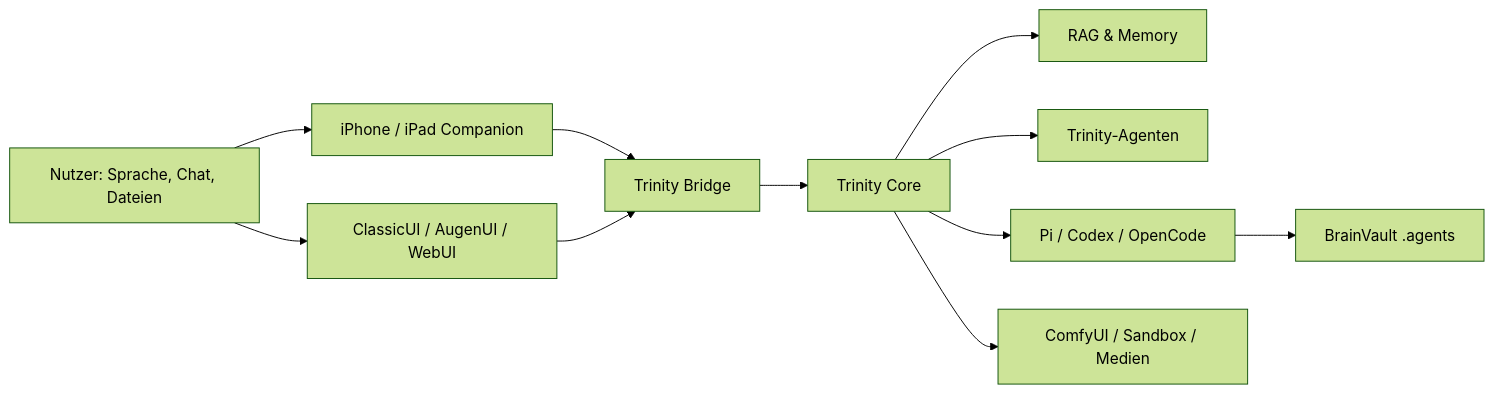
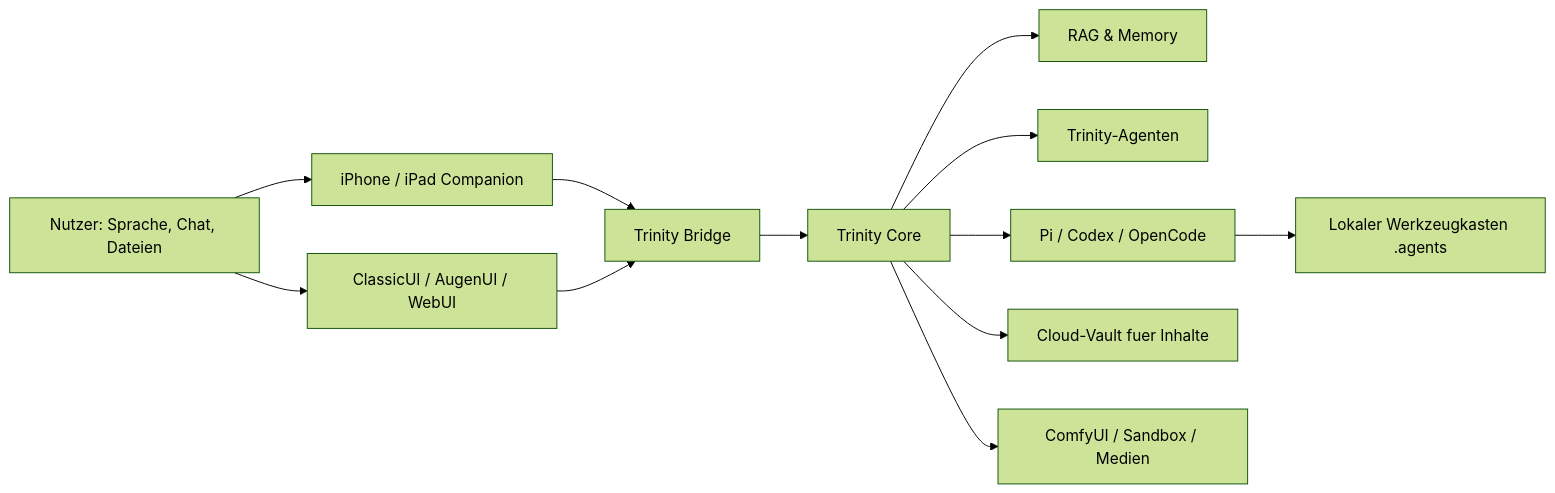
The diagram in docs/FEATURE_OVERVIEW.md (ProfEngel/TrinityLectureAssisitant), drawn with Mermaid (forest theme) before and after one commit. The commit also changed other lines of this file and 21 other files, not shown here.

````diff
--- a/docs/FEATURE_OVERVIEW.md
+++ b/docs/FEATURE_OVERVIEW.md
@@ -22,13 +22,14 @@
 ```mermaid
 flowchart LR
     User["Nutzer: Sprache, Chat, Dateien"] --> Companion["iPhone / iPad Companion"]
     User --> DesktopUI["ClassicUI / AugenUI / WebUI"]
     Companion --> Bridge["Trinity Bridge"]
     DesktopUI --> Bridge
     Bridge --> Core["Trinity Core"]
     Core --> RAG["RAG & Memory"]
     Core --> Agents["Trinity-Agenten"]
     Core --> Harness["Pi / Codex / OpenCode"]
-    Harness --> BrainVault["BrainVault .agents"]
+    Harness --> AgentsPool["Lokaler Werkzeugkasten .agents"]
+    Core --> BrainVault["Cloud-Vault fuer Inhalte"]
     Core --> Media["ComfyUI / Sandbox / Medien"]
 ```
````
